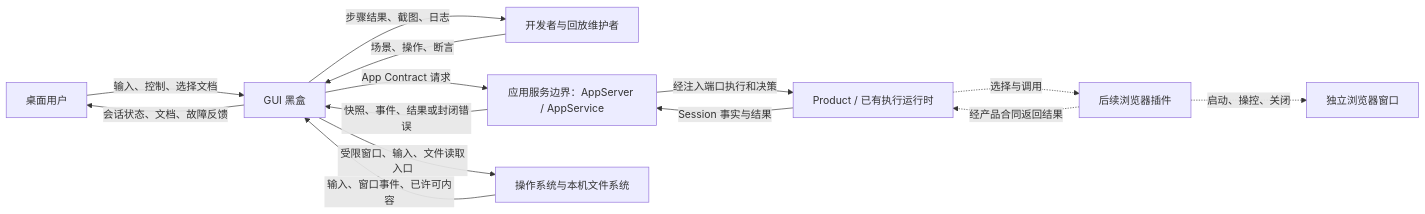
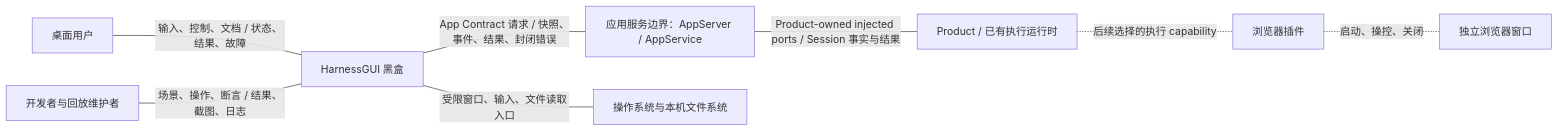
Before and after one commit to zhnt/loushang: the first of 3 diagrams in docs/internals/architecture/drafts/gui-system-context-and-boundary-contract.md, drawn with Mermaid. The commit also changed other lines of this file and 15 other files, not shown here.

Commit message:
docs(architecture): align GUI target as V3.1

````diff
--- a/docs/internals/architecture/drafts/gui-system-context-and-boundary-contract.md
+++ b/docs/internals/architecture/drafts/gui-system-context-and-boundary-contract.md
@@ -82,16 +85,10 @@
 ```mermaid
 flowchart LR
-    U[桌面用户] -->|输入、控制、选择文档| G[GUI 黑盒]
-    G -->|会话状态、文档、故障反馈| U
-    D[开发者与回放维护者] -->|场景、操作、断言| G
-    G -->|步骤结果、截图、日志| D
-    G -->|App Contract 请求| S[应用服务边界：AppServer / AppService]
-    S -->|快照、事件、结果或封闭错误| G
-    S -->|经注入端口执行和决策| P[Product / 已有执行运行时]
-    P -->|Session 事实与结果| S
-    G -->|受限窗口、输入、文件读取入口| O[操作系统与本机文件系统]
-    O -->|输入、窗口事件、已许可内容| G
-    P -.->|选择与调用| B[后续浏览器插件]
-    B -.->|启动、操控、关闭| W[独立浏览器窗口]
-    B -.->|经产品合同返回结果| P
+    U[桌面用户] ---|输入、控制、文档 / 状态、结果、故障| G[HarnessGUI 黑盒]
+    D[开发者与回放维护者] ---|场景、操作、断言 / 结果、截图、日志| G
+    G ---|App Contract 请求 / 快照、事件、结果、封闭错误| S[应用服务边界：AppServer / AppService]
+    S ---|Product-owned injected ports / Session 事实与结果| P[Product / 已有执行运行时]
+    G ---|受限窗口、输入、文件读取入口| O[操作系统与本机文件系统]
+    P -.-|后续选择的执行 capability| B[浏览器插件]
+    B -.-|启动、操控、关闭| W[独立浏览器窗口]
 ```
````
